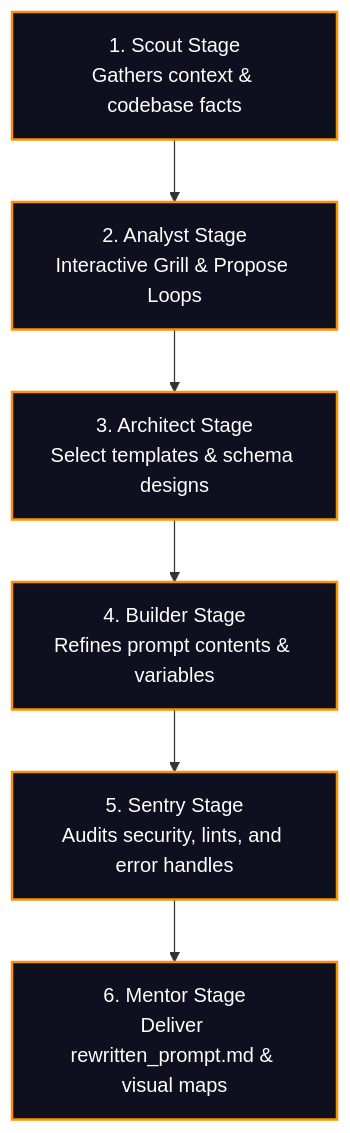
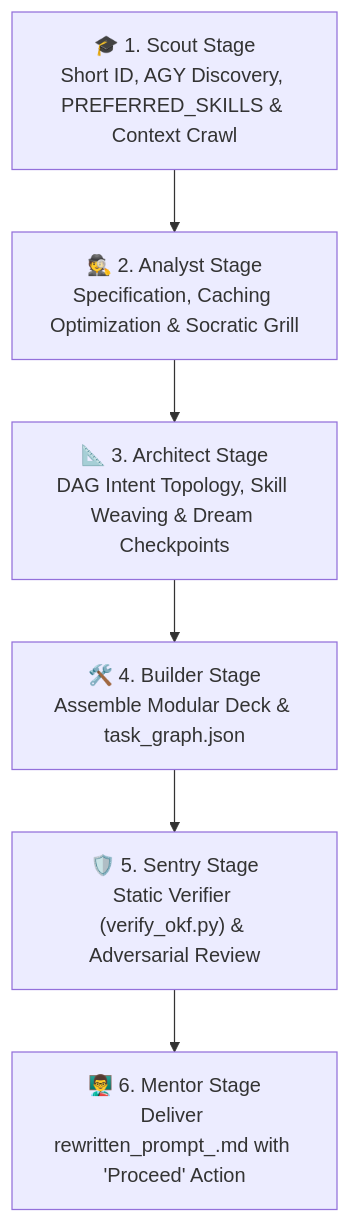
One commit to ksprashu/skills-prompt-writer changed the diagram in README.md. Above: the diagram before and after it, drawn with Mermaid. The commit also changed other lines of this file and 11 other files, not shown here.

Commit message:
docs(prompt-writer): redocument repository, user guide, architecture maps, and compiled HTML portals

````diff
--- a/README.md
+++ b/README.md
@@ -20,11 +49,8 @@
 ```mermaid
 flowchart TD
-    Phase1[1. Scout Stage<br>Gathers context & codebase facts] --> Phase2[2. Analyst Stage<br>Interactive Grill & Propose Loops]
-    Phase2 --> Phase3[3. Architect Stage<br>Select templates & schema designs]
-    Phase3 --> Phase4[4. Builder Stage<br>Refines prompt contents & variables]
-    Phase4 --> Phase5[5. Sentry Stage<br>Audits security, lints, and error handles]
-    Phase5 --> Phase6[6. Mentor Stage<br>Deliver rewritten_prompt.md & visual maps]
-    
-    classDef steps fill:#0e101f,stroke:#ff9100,stroke-width:2px,color:#fff;
-    class Phase1,Phase2,Phase3,Phase4,Phase5,Phase6 steps;
+    Scout["🎓 1. Scout Stage<br>Short ID, AGY Discovery, PREFERRED_SKILLS & Context Crawl"] --> Analyst["🕵️ 2. Analyst Stage<br>Specification, Caching Optimization & Socratic Grill"]
+    Analyst --> Architect["📐 3. Architect Stage<br>DAG Intent Topology, Skill Weaving & Dream Checkpoints"]
+    Architect --> Builder["🛠️ 4. Builder Stage<br>Assemble Modular Deck & task_graph.json"]
+    Builder --> Sentry["🛡️ 5. Sentry Stage<br>Static Verifier (verify_okf.py) & Adversarial Review"]
+    Sentry --> Mentor["👨‍🏫 6. Mentor Stage<br>Deliver rewritten_prompt_<ID>.md with 'Proceed' Action"]
 ```
````
